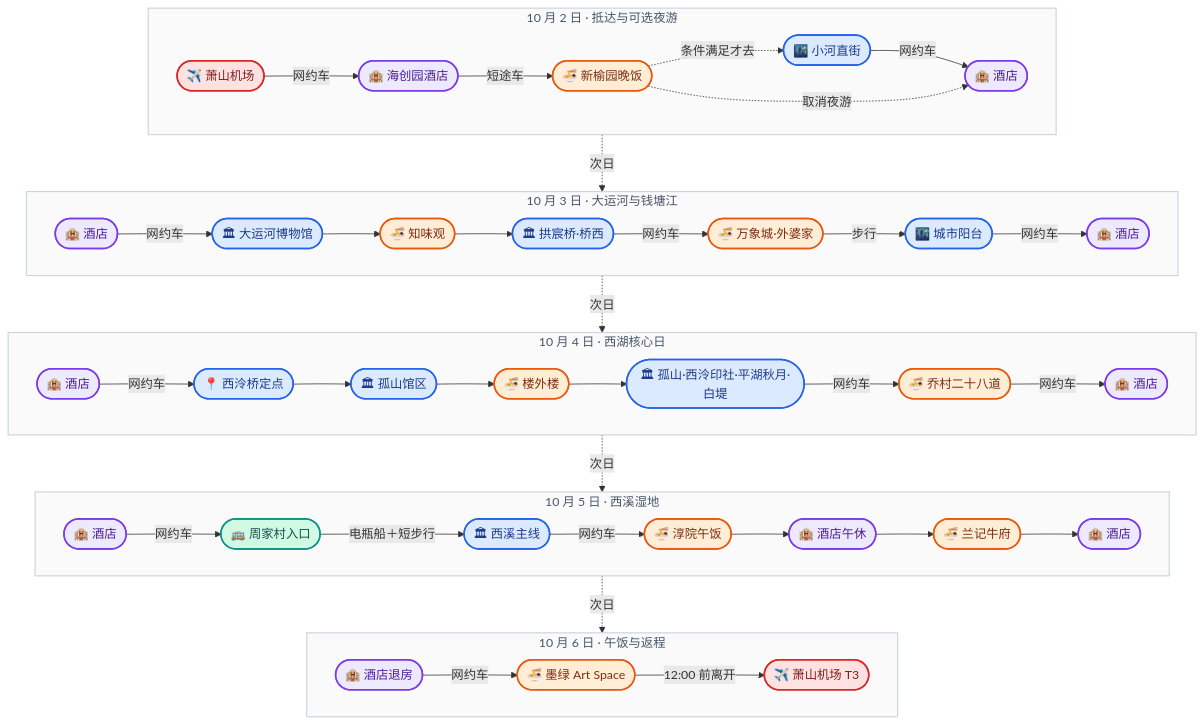
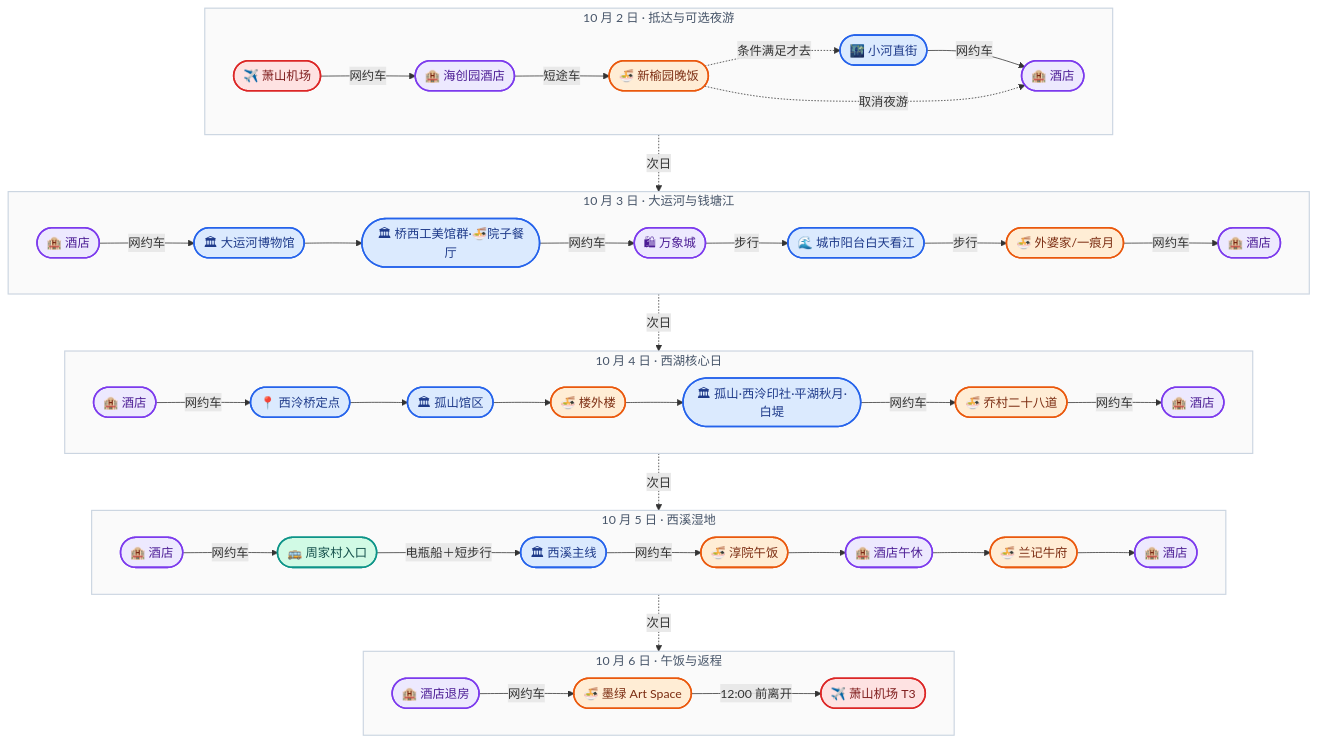
The first of 3 diagrams in docs/traffic.md (TheShadow178/hangzhou-trip), drawn with Mermaid before and after one commit. The commit also changed other lines of this file and 2 other files, not shown here.

````diff
--- a/docs/traffic.md
+++ b/docs/traffic.md
@@ -31,63 +31,63 @@
 ```mermaid
 %%{init: {'theme':'base', 'themeVariables': {'fontFamily':'-apple-system, "PingFang SC", "Microsoft YaHei", sans-serif','lineColor':'#94a3b8','primaryColor':'#ffffff','primaryBorderColor':'#94a3b8','primaryTextColor':'#0f172a','fontSize':'13px'}}}%%
 flowchart TB
   subgraph T02["10 月 2 日 · 抵达与可选夜游"]
     direction LR
     T02A(["✈️ 萧山机场"]) -->|网约车| T02B(["🏨 海创园酒店"])
     T02B -->|短途车| T02C(["🍜 新榆园晚饭"])
     T02C -.->|条件满足才去| T02D(["🌃 小河直街"])
     T02D -->|网约车| T02E(["🏨 酒店"])
     T02C -. 取消夜游 .-> T02E
   end
   subgraph T03["10 月 3 日 · 大运河与钱塘江"]
     direction LR
     T03A(["🏨 酒店"]) -->|网约车| T03B(["🏛 大运河博物馆"])
-    T03B --> T03C(["🍜 知味观"])
-    T03C --> T03D(["🏛 拱宸桥·桥西"])
-    T03D -->|网约车| T03E(["🍜 万象城·外婆家"])
-    T03E -->|步行| T03F(["🌃 城市阳台"])
+    T03B --> T03C(["🏛 桥西工美馆群·🍜院子餐厅"])
+    T03C -->|网约车| T03D(["🛍 万象城"])
+    T03D -->|步行| T03E(["🌊 城市阳台白天看江"])
+    T03E -->|步行| T03F(["🍜 外婆家/一痕月"])
     T03F -->|网约车| T03G(["🏨 酒店"])
   end
   subgraph T04["10 月 4 日 · 西湖核心日"]
     direction LR
     T04A(["🏨 酒店"]) -->|网约车| T04B(["📍 西泠桥定点"])
     T04B --> T04C(["🏛 孤山馆区"])
     T04C --> T04D(["🍜 楼外楼"])
     T04D --> T04E(["🏛 孤山·西泠印社·平湖秋月·白堤"])
     T04E -->|网约车| T04F(["🍜 乔村二十八道"])
     T04F -->|网约车| T04G(["🏨 酒店"])
   end
   subgraph T05["10 月 5 日 · 西溪湿地"]
     direction LR
     T05A(["🏨 酒店"]) -->|网约车| T05B(["🚌 周家村入口"])
     T05B -->|电瓶船＋短步行| T05C(["🏛 西溪主线"])
     T05C -->|网约车| T05D(["🍜 淳院午饭"])
     T05D --> T05E(["🏨 酒店午休"])
     T05E --> T05F(["🍜 兰记牛府"])
     T05F --> T05G(["🏨 酒店"])
   end
   subgraph T06["10 月 6 日 · 午饭与返程"]
     direction LR
     T06A(["🏨 酒店退房"]) -->|网约车| T06B(["🍜 墨绿 Art Space"])
     T06B -->|12:00 前离开| T06C(["✈️ 萧山机场 T3"])
   end
   T02E -.->|次日| T03A
   T03G -.->|次日| T04A
   T04G -.->|次日| T05A
   T05G -.->|次日| T06A
   classDef cAir fill:#fee2e2,stroke:#dc2626,stroke-width:2px,color:#7f1d1d
   classDef cStay fill:#ede9fe,stroke:#7c3aed,stroke-width:2px,color:#4c1d95
   classDef cFood fill:#ffedd5,stroke:#ea580c,stroke-width:2px,color:#7c2d12
   classDef cSee fill:#dbeafe,stroke:#2563eb,stroke-width:2px,color:#1e3a8a
   classDef cMove fill:#d1fae5,stroke:#0d9488,stroke-width:2px,color:#134e4a
   class T02A,T06C cAir
-  class T02B,T02E,T03A,T03G,T04A,T04G,T05A,T05E,T05G,T06A cStay
-  class T02C,T03C,T03E,T04D,T04F,T05D,T05F,T06B cFood
-  class T02D,T03B,T03D,T03F,T04B,T04C,T04E,T05C cSee
+  class T02B,T02E,T03A,T03D,T03G,T04A,T04G,T05A,T05E,T05G,T06A cStay
+  class T02C,T03F,T04D,T04F,T05D,T05F,T06B cFood
+  class T02D,T03B,T03C,T03E,T04B,T04C,T04E,T05C cSee
   class T05B cMove
   style T02 fill:#fafafa,stroke:#cbd5e1,stroke-width:1.5px,color:#475569
   style T03 fill:#fafafa,stroke:#cbd5e1,stroke-width:1.5px,color:#475569
   style T04 fill:#fafafa,stroke:#cbd5e1,stroke-width:1.5px,color:#475569
   style T05 fill:#fafafa,stroke:#cbd5e1,stroke-width:1.5px,color:#475569
   style T06 fill:#fafafa,stroke:#cbd5e1,stroke-width:1.5px,color:#475569
 ```
````
